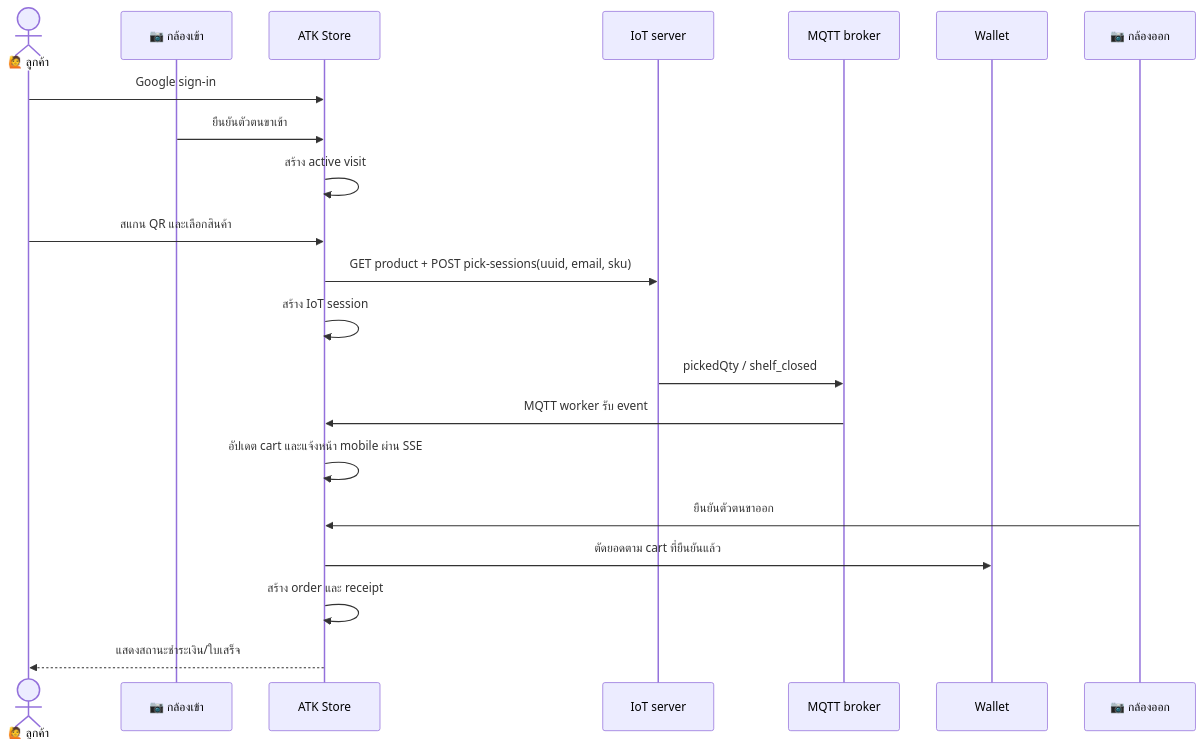
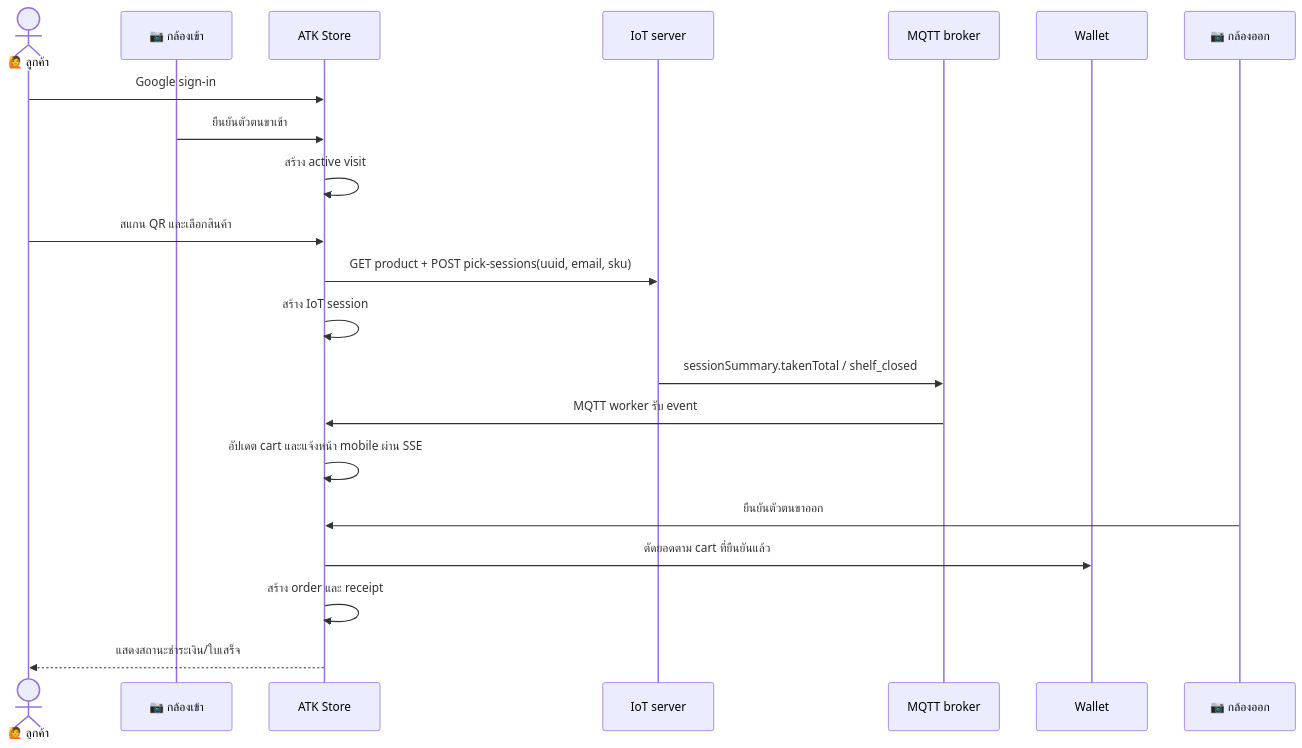
The second of 7 diagrams in README.md (kukiat/atk-store), drawn with Mermaid before and after one commit. The commit also changed other lines of this file and 13 other files, not shown here.

````diff
--- a/README.md
+++ b/README.md
@@ -191,24 +191,24 @@
 ```mermaid
 sequenceDiagram
   actor Customer as 🙋 ลูกค้า
   participant Camera as 📷 กล้องเข้า
   participant App as ATK Store
   participant Iot as IoT server
   participant MQTT as MQTT broker
   participant Wallet as Wallet
   participant Exit as 📷 กล้องออก
 
   Customer->>App: Google sign-in
   Camera->>App: ยืนยันตัวตนขาเข้า
   App->>App: สร้าง active visit
   Customer->>App: สแกน QR และเลือกสินค้า
   App->>Iot: GET product + POST pick-sessions(uuid, email, sku)
   App->>App: สร้าง IoT session
-  Iot->>MQTT: pickedQty / shelf_closed
+  Iot->>MQTT: sessionSummary.takenTotal / shelf_closed
   MQTT->>App: MQTT worker รับ event
   App->>App: อัปเดต cart และแจ้งหน้า mobile ผ่าน SSE
   Exit->>App: ยืนยันตัวตนขาออก
   App->>Wallet: ตัดยอดตาม cart ที่ยืนยันแล้ว
   App->>App: สร้าง order และ receipt
   App-->>Customer: แสดงสถานะชำระเงิน/ใบเสร็จ
 ```
````
